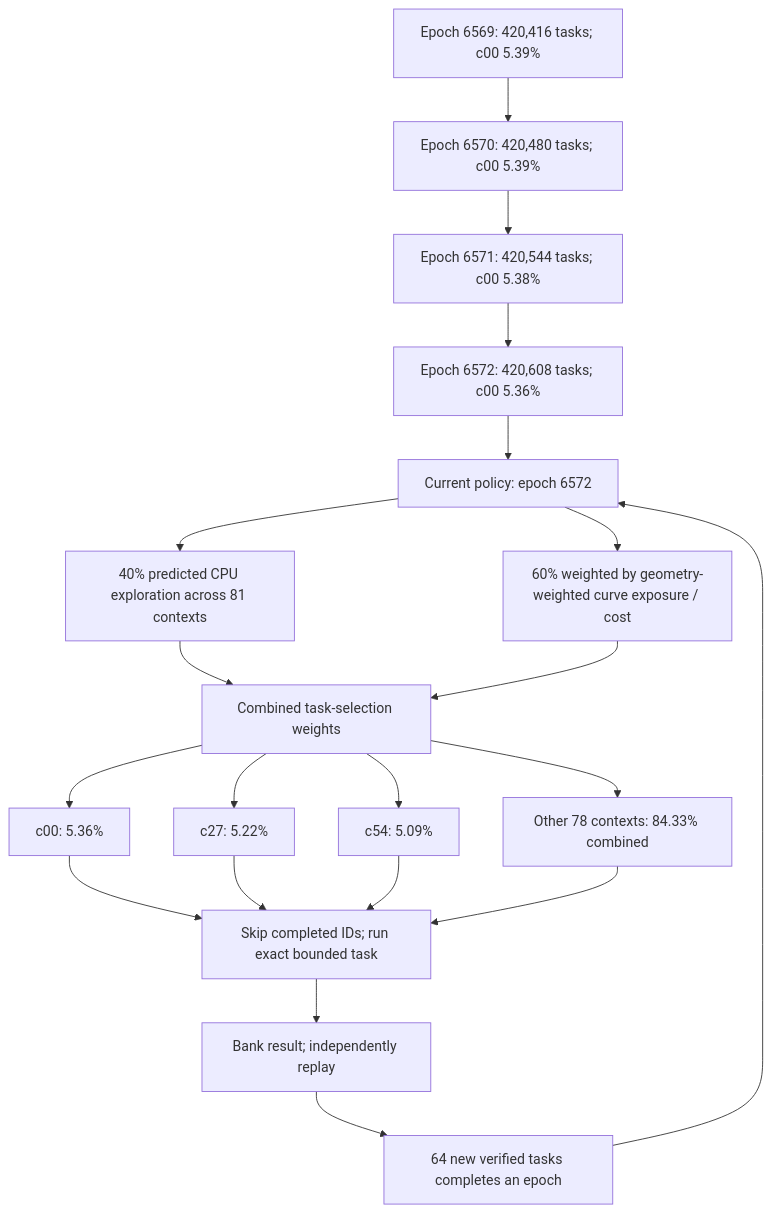
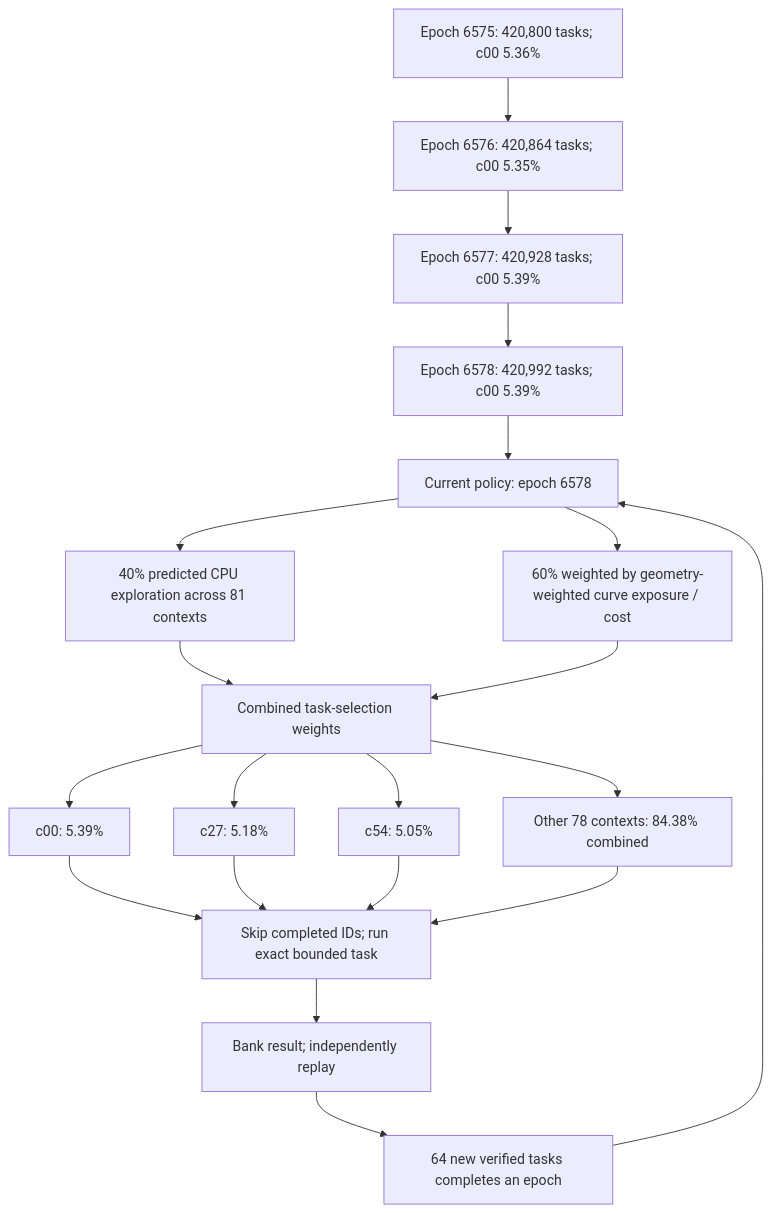
One commit to Kuberwastaken/math-gambling changed the first of 4 diagrams in README.md. Above: the diagram before and after it, drawn with Mermaid. The commit also changed other lines of this file and 1644 other files, not shown here.

````diff
--- a/README.md
+++ b/README.md
@@ -60,27 +60,27 @@
 ```mermaid
 flowchart TD
-    H0["Epoch 6569: 420,416 tasks; c00 5.39%"]
-    H1["Epoch 6570: 420,480 tasks; c00 5.39%"]
+    H0["Epoch 6575: 420,800 tasks; c00 5.36%"]
+    H1["Epoch 6576: 420,864 tasks; c00 5.35%"]
     H0 --> H1
-    H2["Epoch 6571: 420,544 tasks; c00 5.38%"]
+    H2["Epoch 6577: 420,928 tasks; c00 5.39%"]
     H1 --> H2
-    H3["Epoch 6572: 420,608 tasks; c00 5.36%"]
+    H3["Epoch 6578: 420,992 tasks; c00 5.39%"]
     H2 --> H3
-    Policy["Current policy: epoch 6572"]
+    Policy["Current policy: epoch 6578"]
     H3 --> Policy
     Policy --> Explore["40% predicted CPU exploration across 81 contexts"]
     Policy --> Cost["60% weighted by geometry-weighted curve exposure / cost"]
     Explore --> Mix["Combined task-selection weights"]
     Cost --> Mix
-    Mix --> C0["c00: 5.36%"]
-    Mix --> C1["c27: 5.22%"]
-    Mix --> C2["c54: 5.09%"]
-    Mix --> Rest["Other 78 contexts: 84.33% combined"]
+    Mix --> C0["c00: 5.39%"]
+    Mix --> C1["c27: 5.18%"]
+    Mix --> C2["c54: 5.05%"]
+    Mix --> Rest["Other 78 contexts: 84.38% combined"]
     C0 --> Check["Skip completed IDs; run exact bounded task"]
     C1 --> Check
     C2 --> Check
     Rest --> Check
     Check --> Replay["Bank result; independently replay"]
     Replay --> Gate["64 new verified tasks completes an epoch"]
     Gate --> Policy
 ```
````
